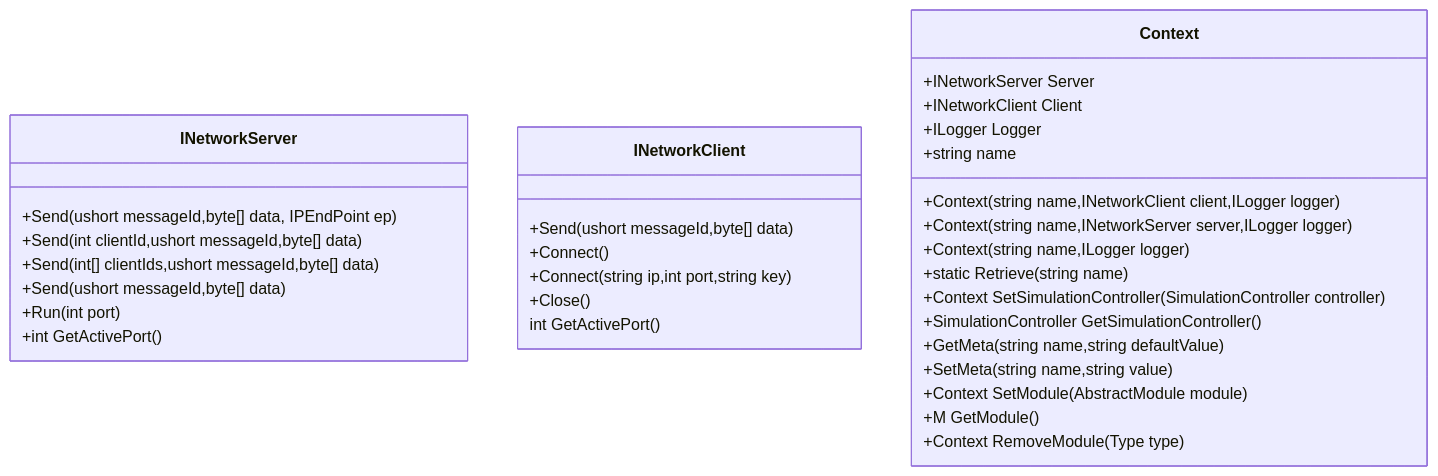
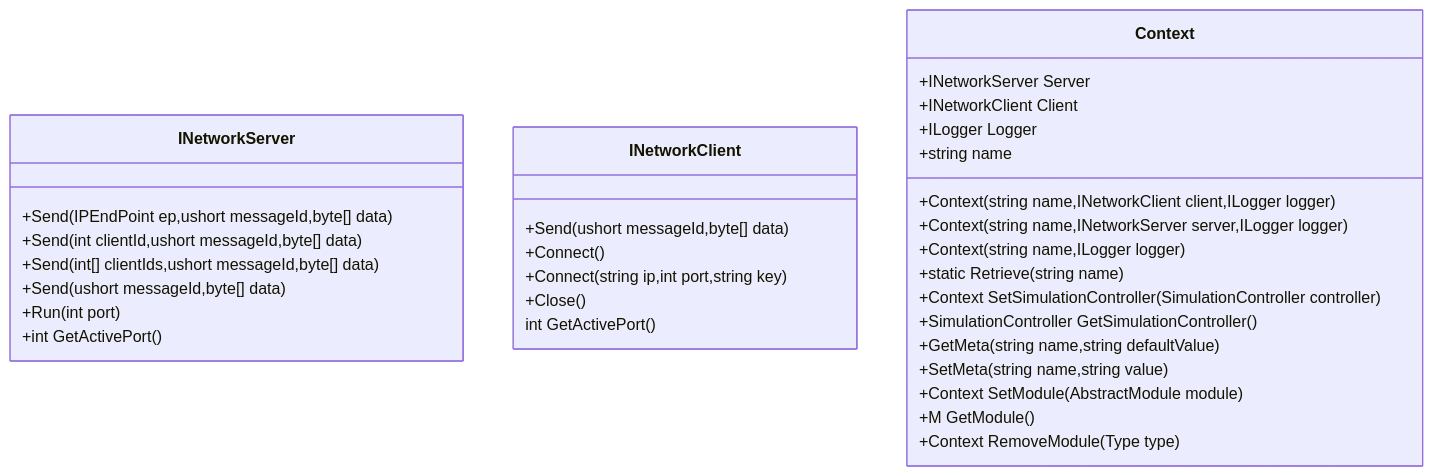
The diagram in README.md (dudu502/littlebee_libs), drawn with Mermaid before and after one commit.

````diff
--- a/README.md
+++ b/README.md
@@ -32,35 +32,35 @@
 ```mermaid  
 classDiagram
     class INetworkServer{
-      +Send(ushort messageId,byte[] data, IPEndPoint ep)
+      +Send(IPEndPoint ep,ushort messageId,byte[] data)
       +Send(int clientId,ushort messageId,byte[] data)
       +Send(int[] clientIds,ushort messageId,byte[] data)
       +Send(ushort messageId,byte[] data)
       +Run(int port)
       +int GetActivePort()
     }
     class INetworkClient{
       +Send(ushort messageId,byte[] data)
       +Connect()
       +Connect(string ip,int port,string key)
       +Close()
       int GetActivePort()
     }
     class Context {  
         +INetworkServer Server  
         +INetworkClient Client  
         +ILogger Logger  
         +string name
         +Context(string name,INetworkClient client,ILogger logger)
         +Context(string name,INetworkServer server,ILogger logger)
         +Context(string name,ILogger logger)
         +static Retrieve(string name)
         +Context SetSimulationController(SimulationController controller)
         +SimulationController GetSimulationController()
         +GetMeta(string name,string defaultValue)
         +SetMeta(string name,string value)
         +Context SetModule(AbstractModule module)
         +M GetModule<M>()
         +Context RemoveModule(Type type)
     }  
 ```   
````
